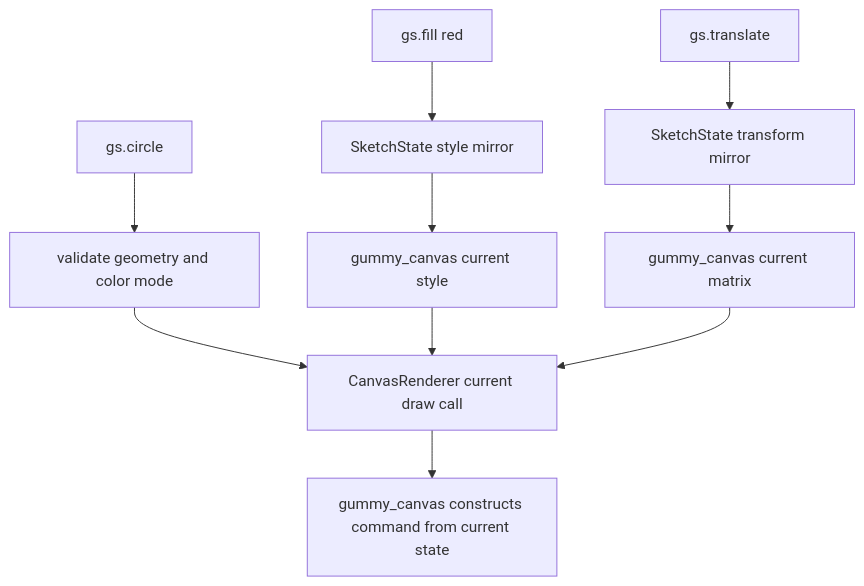
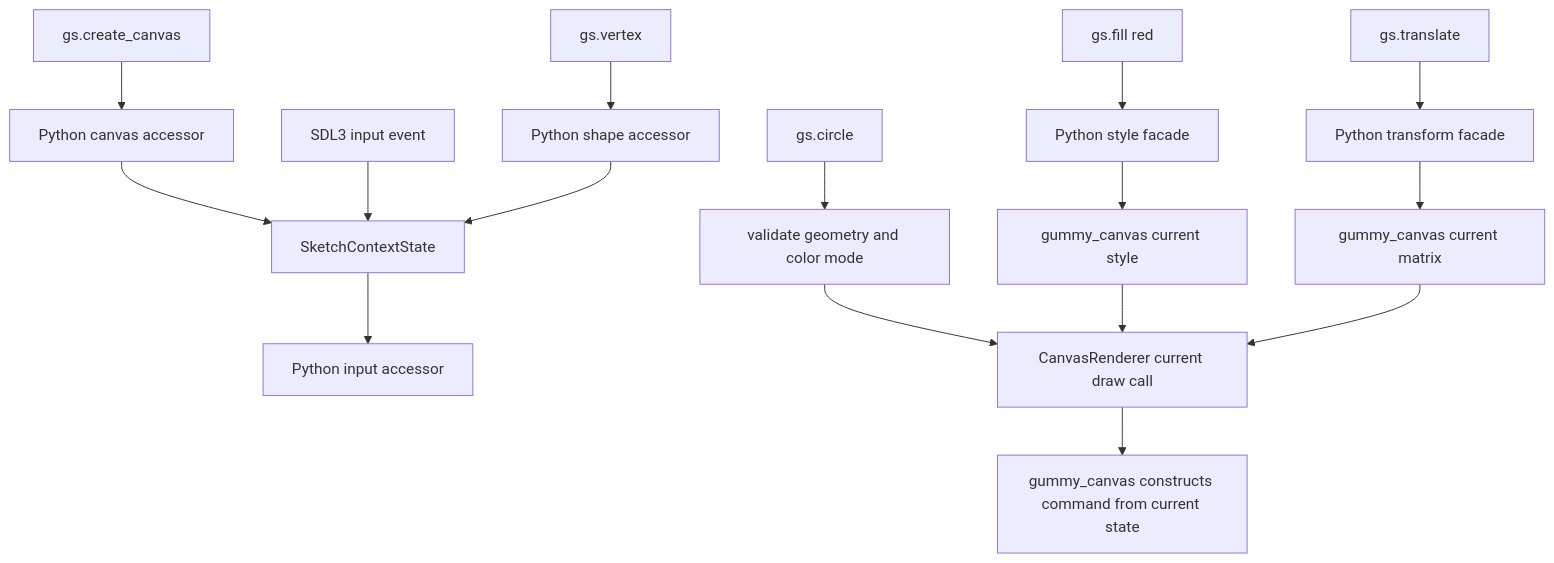
The third of 4 diagrams in docs/contribute/architecture.md (JonathanHHenson/gummy_snake), drawn with Mermaid before and after one commit. The commit also changed other lines of this file and 16 other files, not shown here.

Commit message:
Move sketch state into Rust canvas runtime

````diff
--- a/docs/contribute/architecture.md
+++ b/docs/contribute/architecture.md
@@ -194,14 +202,23 @@
 ```mermaid
 flowchart TD
-    StyleCall[gs.fill red] --> StyleMirror[SketchState style mirror]
-    StyleMirror --> RustStyle[gummy_canvas current style]
+    CanvasCall[gs.create_canvas] --> StateProxy[Python canvas accessor]
+    StateProxy --> RustContext[SketchContextState]
 
-    TransformCall[gs.translate] --> TransformMirror[SketchState transform mirror]
-    TransformMirror --> RustTransform[gummy_canvas current matrix]
+    InputEvent[SDL3 input event] --> RustContext
+    RustContext --> InputProxy[Python input accessor]
+
+    ShapeCall[gs.vertex] --> ShapeProxy[Python shape accessor]
+    ShapeProxy --> RustContext
+
+    StyleCall[gs.fill red] --> StyleFacade[Python style facade]
+    StyleFacade --> RustStyle[gummy_canvas current style]
+
+    TransformCall[gs.translate] --> TransformFacade[Python transform facade]
+    TransformFacade --> RustTransform[gummy_canvas current matrix]
 
     DrawCall[gs.circle] --> Validate[validate geometry and color mode]
     Validate --> RendererCall[CanvasRenderer current draw call]
     RustStyle --> RendererCall
     RustTransform --> RendererCall
     RendererCall --> Command[gummy_canvas constructs command from current state]
 ```
````
